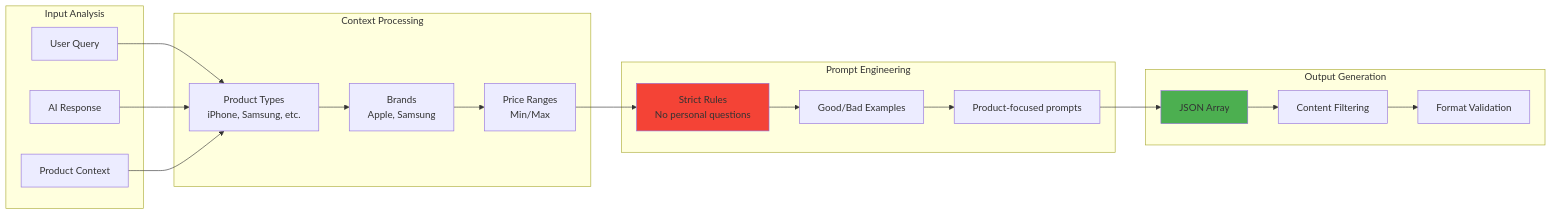
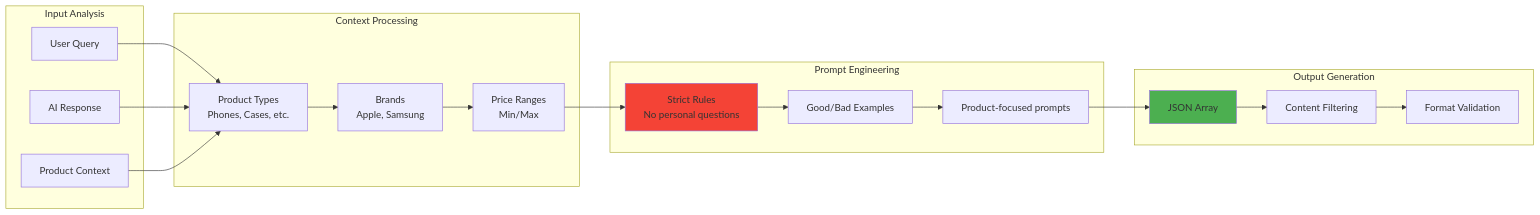
One commit to itsbanjo/elastic-demos changed the sixth of 9 diagrams in search-ai-chrome-extension/README.md. Above: the diagram before and after it, drawn with Mermaid. The commit also changed other lines of this file, not shown here.

````diff
--- a/search-ai-chrome-extension/README.md
+++ b/search-ai-chrome-extension/README.md
@@ -331,41 +330,41 @@
 ```mermaid
 graph LR
     subgraph "Input Analysis"
         UQ[User Query]
         AR[AI Response]
         PC[Product Context]
     end
     
     subgraph "Context Processing"
-        PT[Product Types<br/>iPhone, Samsung, etc.]
+        PT[Product Types<br/>Phones, Cases, etc.]
         BR[Brands<br/>Apple, Samsung]
         PR[Price Ranges<br/>Min/Max]
     end
     
     subgraph "Prompt Engineering"
         RULES[Strict Rules<br/>No personal questions]
         EXAMPLES[Good/Bad Examples]
         FOCUS[Product-focused prompts]
     end
     
     subgraph "Output Generation"
         JSON[JSON Array]
         FILTER[Content Filtering]
         VALIDATE[Format Validation]
     end
     
     UQ --> PT
     AR --> PT
     PC --> PT
     PT --> BR
     BR --> PR
     PR --> RULES
     RULES --> EXAMPLES
     EXAMPLES --> FOCUS
     FOCUS --> JSON
     JSON --> FILTER
     FILTER --> VALIDATE
     
     style RULES fill:#f44336
     style JSON fill:#4caf50
 ```
````
